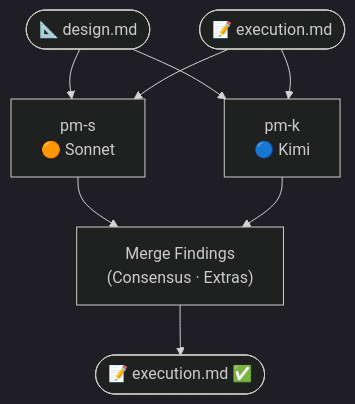
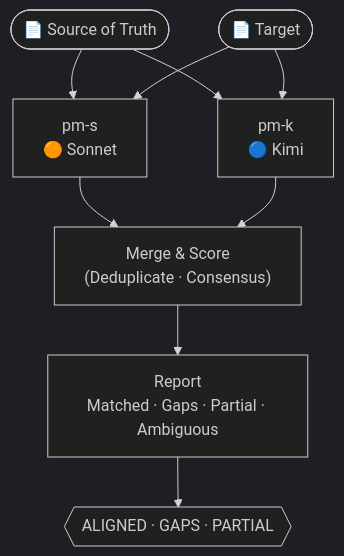
Before and after one commit to skillsets-cc/main: the sixth of 8 diagrams in skillsets/@supercollectible/Valence/content/README.md, drawn with Mermaid. The commit also changed other lines of this file and 1 other file, not shown here.

````diff
--- a/skillsets/@supercollectible/Valence/content/README.md
+++ b/skillsets/@supercollectible/Valence/content/README.md
@@ -174,9 +182,10 @@
 ```mermaid
 %%{init: {'theme': 'dark'}}%%
 flowchart TB
-    source(["📐 design.md"]) & target(["📝 execution.md"])
-    source & target --> pms["pm-s\n🟠 Sonnet"]
-    source & target --> pmk["pm-k\n🔵 Kimi"]
-    pms & pmk --> merge["Merge Findings\n(Consensus · Extras)"]
-    merge --> out(["📝 execution.md ✅"])
+    source(["📄 Source of Truth"]) & target(["📄 Target"])
+    source & target --> pms["pm-s<br/>🟠 Sonnet"]
+    source & target --> pmk["pm-k<br/>🔵 Kimi"]
+    pms & pmk --> merge["Merge & Score<br/>(Deduplicate · Consensus)"]
+    merge --> report["Report<br/>Matched · Gaps · Partial · Ambiguous"]
+    report --> verdict{{"ALIGNED · GAPS · PARTIAL"}}
 ```
````
